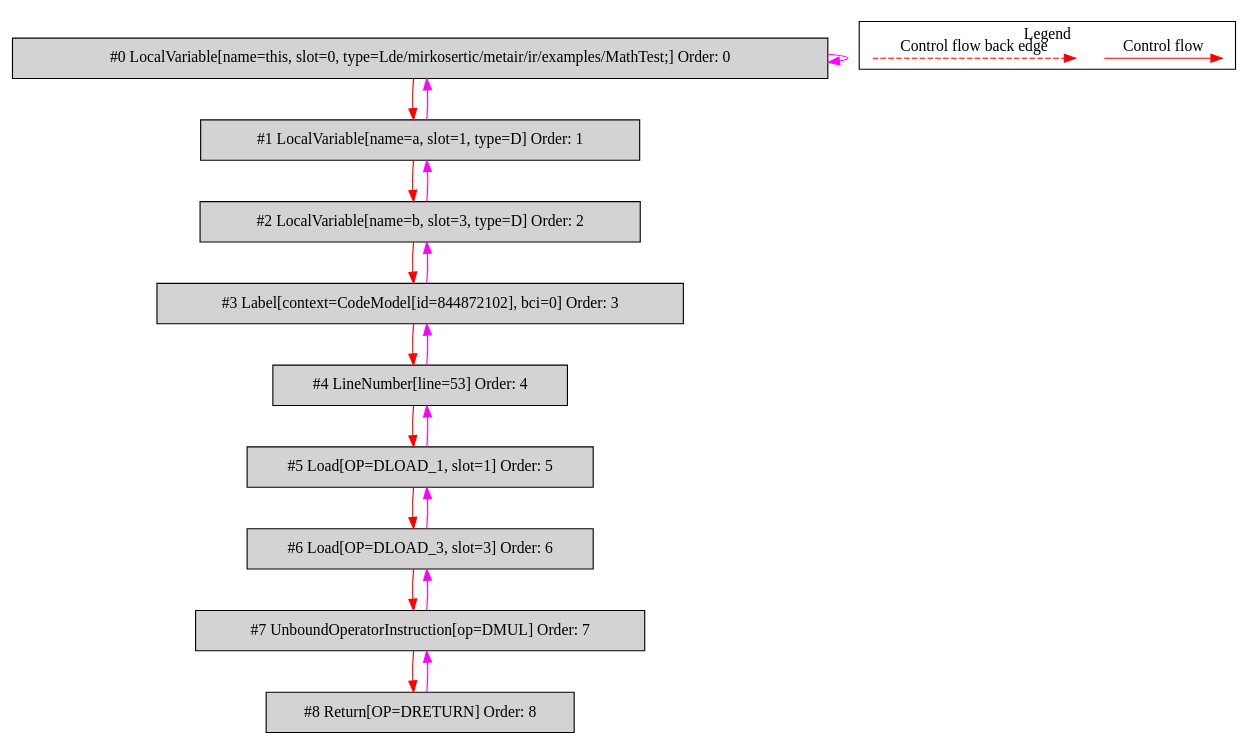
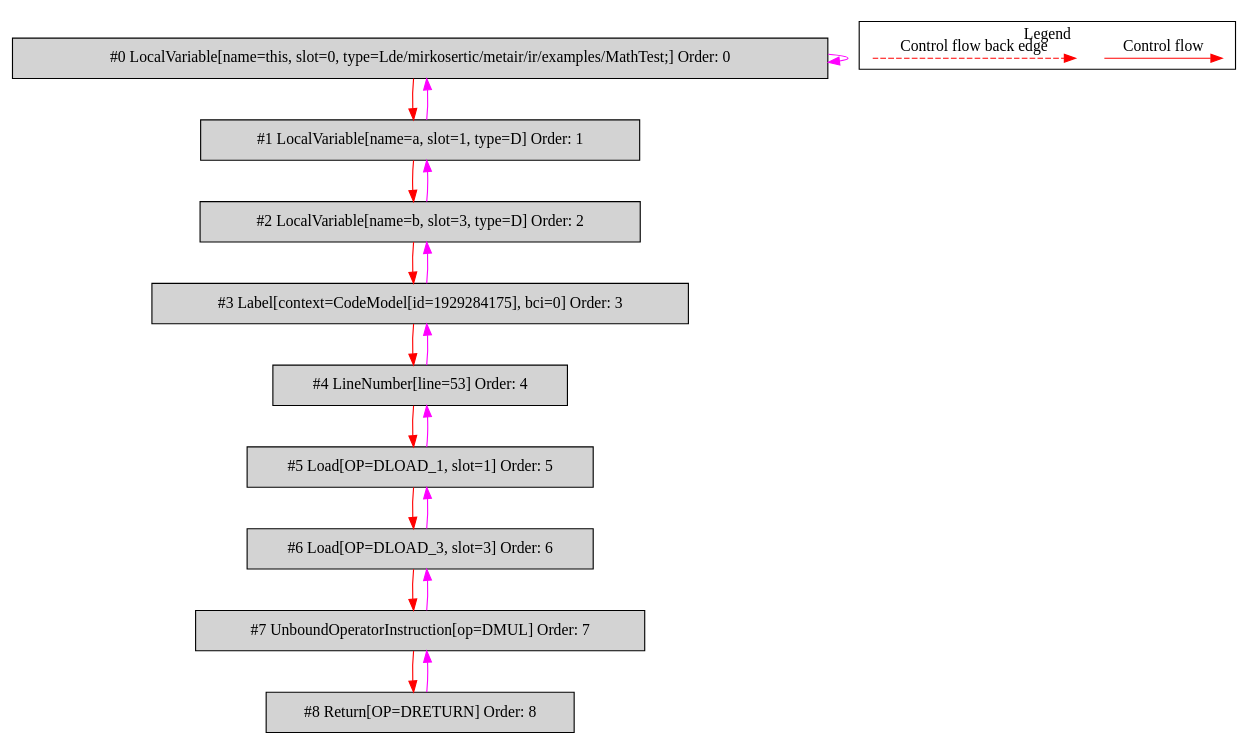
Before and after one commit to mirkosertic/MetaIR: the diagram in de.mirkosertic.metair.ir.examples.MathTest/dmul/bytecodecfg.dot, drawn with Graphviz. The commit also changed 1045 other files, not shown here.

```diff
--- a/de.mirkosertic.metair.ir.examples.MathTest/dmul/bytecodecfg.dot
+++ b/de.mirkosertic.metair.ir.examples.MathTest/dmul/bytecodecfg.dot
@@ -1,43 +1,43 @@
 digraph {
  ordering="in";
  node0[label="#0 LocalVariable[name=this, slot=0, type=Lde/mirkosertic/metair/ir/examples/MathTest;] Order: 0", shape=box, fillcolor=lightgrey, style=filled];
  node1[label="#1 LocalVariable[name=a, slot=1, type=D] Order: 1", shape=box, fillcolor=lightgrey, style=filled];
  node2[label="#2 LocalVariable[name=b, slot=3, type=D] Order: 2", shape=box, fillcolor=lightgrey, style=filled];
- node3[label="#3 Label[context=CodeModel[id=844872102], bci=0] Order: 3", shape=box, fillcolor=lightgrey, style=filled];
+ node3[label="#3 Label[context=CodeModel[id=1929284175], bci=0] Order: 3", shape=box, fillcolor=lightgrey, style=filled];
  node4[label="#4 LineNumber[line=53] Order: 4", shape=box, fillcolor=lightgrey, style=filled];
  node5[label="#5 Load[OP=DLOAD_1, slot=1] Order: 5", shape=box, fillcolor=lightgrey, style=filled];
  node6[label="#6 Load[OP=DLOAD_3, slot=3] Order: 6", shape=box, fillcolor=lightgrey, style=filled];
  node7[label="#7 UnboundOperatorInstruction[op=DMUL] Order: 7", shape=box, fillcolor=lightgrey, style=filled];
  node8[label="#8 Return[OP=DRETURN] Order: 8", shape=box, fillcolor=lightgrey, style=filled];
  node0 -> node0[color=fuchsia];
  node0 -> node1[color=red];
  node1 -> node0[color=fuchsia];
  node1 -> node2[color=red];
  node2 -> node1[color=fuchsia];
  node2 -> node3[color=red];
  node3 -> node2[color=fuchsia];
  node3 -> node4[color=red];
  node4 -> node3[color=fuchsia];
  node4 -> node5[color=red];
  node5 -> node4[color=fuchsia];
  node5 -> node6[color=red];
  node6 -> node5[color=fuchsia];
  node6 -> node7[color=red];
  node7 -> node6[color=fuchsia];
  node7 -> node8[color=red];
  node8 -> node7[color=fuchsia];
  subgraph cluster_000 {
   label = "Legend";
   node [shape=point]
   {
    rank=same;
    c0 [style = invis];
    c1 [style = invis];
    c2 [style = invis];
    c3 [style = invis];
   }
   c0 -> c1 [label="Control flow", style=solid, color=red]
   c2 -> c3 [label="Control flow back edge", style=dashed, color=red]
  }
 
 }
```
